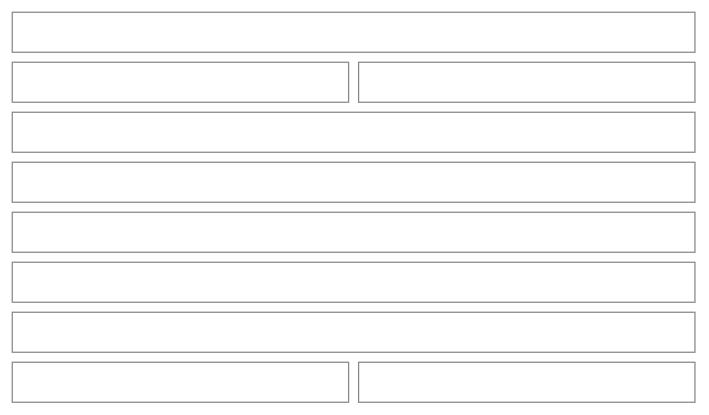
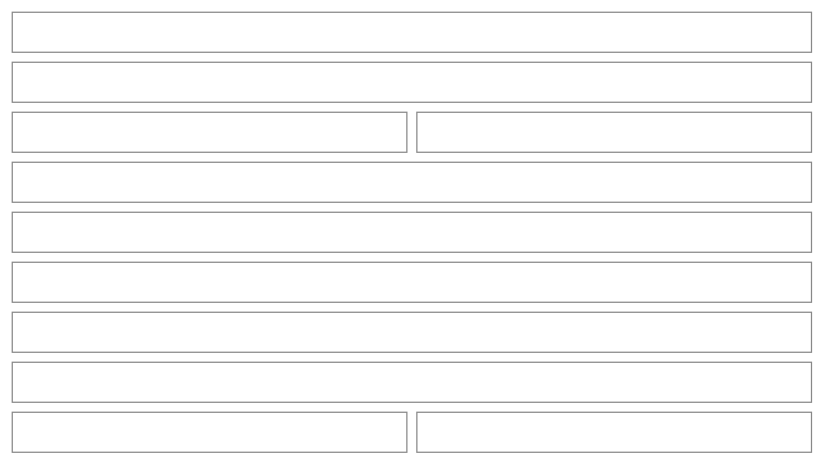
Diagram 31 of 54 in src/apps/pinch/UX.md (NovaMoonX/moondreams-dev-apps), drawn with Mermaid before and after one commit. The commit also changed other lines of this file, not shown here.

````diff
--- a/src/apps/pinch/UX.md
+++ b/src/apps/pinch/UX.md
@@ -1052,25 +1049,27 @@
 ```mermaid
 %%{init: {'theme': 'base', 'themeVariables': {'primaryColor': 'transparent', 'primaryBorderColor': '#888888', 'primaryTextColor': '#333333', 'lineColor': '#888888'}}}%%
 block-beta
   columns 2
-  K1["‹ Adobo chicken"]:2
+  K1["‹ Adobo chicken +1"]:2
+  K1b["Adobo chicken · Cilantro lime rice  (recipe pills, one selected; only when the plate has two)"]:2
   K2["Steps"]:1
   K3["Ingredients"]:1
   K4["Step 2 of 3  ▬ ● ○"]:2
   K5["Simmer everything with the bay leaves and pepper, covered, for 25 minutes."]:2
   K5b["In this step · Bay leaves 2 · Black pepper 1 tsp"]:2
   K6["⏲️ Start 25 min timer"]:2
-  K7["12:41 · Marinate the chicken   ⏸  ✕"]:2
+  K7["12:41 · Adobo chicken / Marinate the chicken   ⏸  ✕"]:2
   K8["Back"]:1
   K9["Next"]:1
   style K1 fill:transparent,stroke:#888888,stroke-width:1px;
+  style K1b fill:transparent,stroke:#888888,stroke-width:1px;
   style K2 fill:transparent,stroke:#888888,stroke-width:1px;
   style K3 fill:transparent,stroke:#888888,stroke-width:1px;
   style K4 fill:transparent,stroke:#888888,stroke-width:1px;
   style K5 fill:transparent,stroke:#888888,stroke-width:1px;
   style K5b fill:transparent,stroke:#888888,stroke-width:1px;
   style K6 fill:transparent,stroke:#888888,stroke-width:1px;
   style K7 fill:transparent,stroke:#888888,stroke-width:1px;
   style K8 fill:transparent,stroke:#888888,stroke-width:1px;
   style K9 fill:transparent,stroke:#888888,stroke-width:1px;
 ```
````
